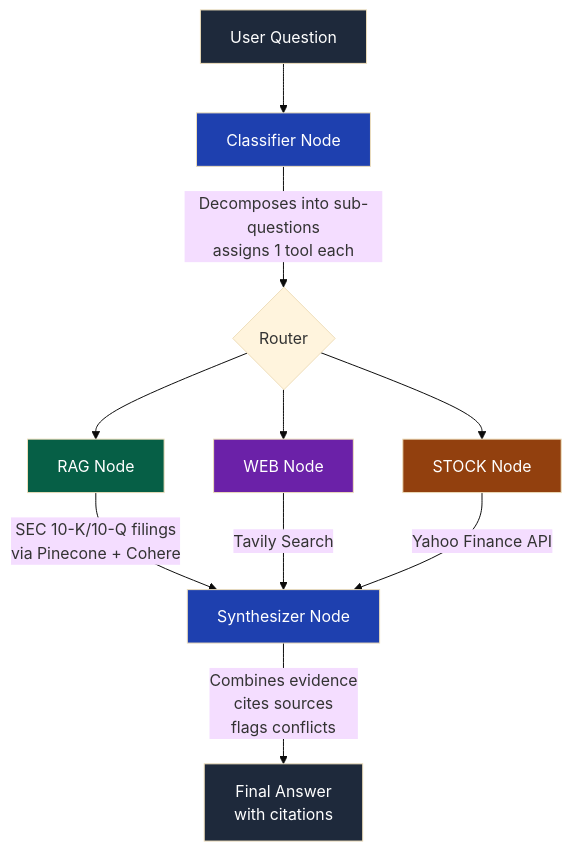
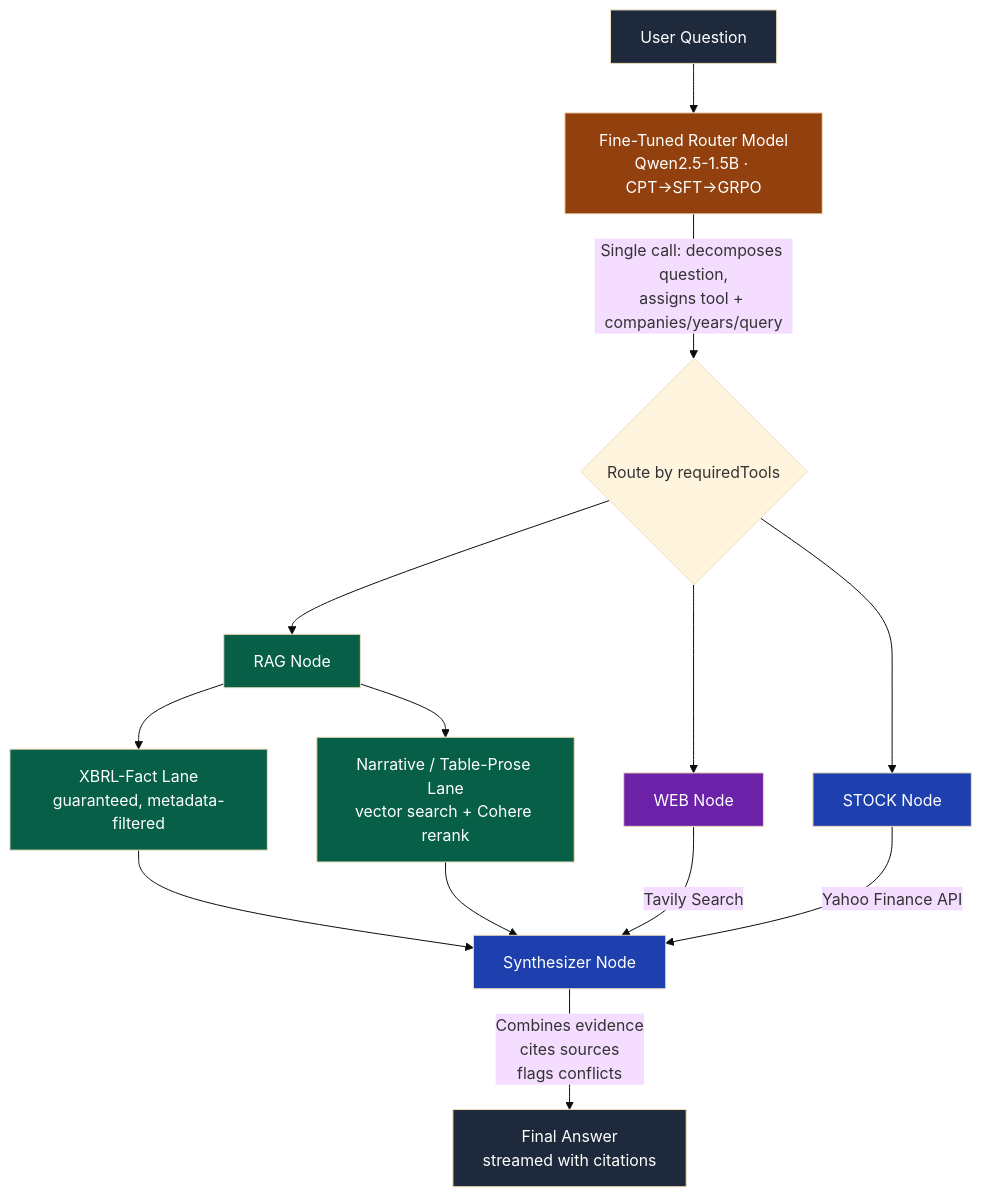
One commit to IbrahimKhan7208/investment-research-bot changed the diagram in README.md. Above: the diagram before and after it, drawn with Mermaid (base theme). The commit also changed other lines of this file, not shown here.

````diff
--- a/README.md
+++ b/README.md
@@ -37,23 +44,28 @@
 ```mermaid
 flowchart TD
-    A[User Question] --> B[Classifier Node]
-    B -->|Decomposes into sub-questions<br/>assigns 1 tool each| C{Router}
+    A[User Question] --> B[Fine-Tuned Router Model<br/>Qwen2.5-1.5B · CPT→SFT→GRPO]
+    B -->|Single call: decomposes question,<br/>assigns tool + companies/years/query| C{Route by requiredTools}
 
     C --> D[RAG Node]
     C --> E[WEB Node]
     C --> F[STOCK Node]
 
-    D -->|SEC 10-K/10-Q filings<br/>via Pinecone + Cohere| G[Synthesizer Node]
+    D --> D1[XBRL-Fact Lane<br/>guaranteed, metadata-filtered]
+    D --> D2[Narrative / Table-Prose Lane<br/>vector search + Cohere rerank]
+    D1 --> G[Synthesizer Node]
+    D2 --> G
     E -->|Tavily Search| G
     F -->|Yahoo Finance API| G
 
-    G -->|Combines evidence<br/>cites sources<br/>flags conflicts| H[Final Answer<br/>with citations]
+    G -->|Combines evidence<br/>cites sources<br/>flags conflicts| H[Final Answer<br/>streamed with citations]
 
     style A fill:#1e293b,color:#fff
-    style B fill:#1e40af,color:#fff
+    style B fill:#92400e,color:#fff
     style D fill:#065f46,color:#fff
+    style D1 fill:#065f46,color:#fff
+    style D2 fill:#065f46,color:#fff
     style E fill:#6b21a8,color:#fff
-    style F fill:#92400e,color:#fff
+    style F fill:#1e40af,color:#fff
     style G fill:#1e40af,color:#fff
     style H fill:#1e293b,color:#fff
 ```
````
